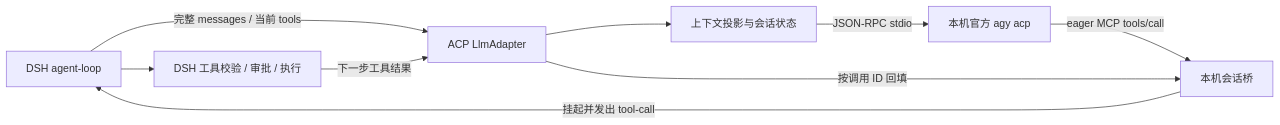
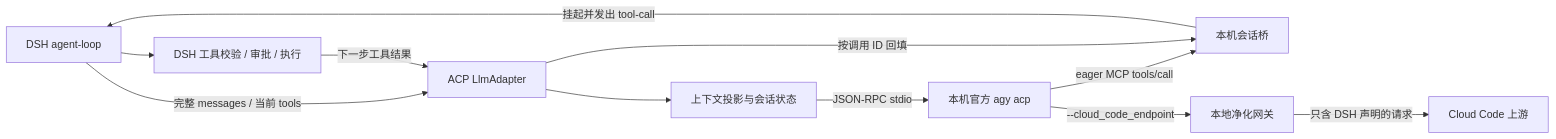
The diagram in packages/dsh-antigravity-acp/docs/DESIGN.md (zhaowendao2005-lab/dsh-extension-lab), drawn with Mermaid before and after one commit. The commit also changed other lines of this file and 25 other files, not shown here.

````diff
--- a/packages/dsh-antigravity-acp/docs/DESIGN.md
+++ b/packages/dsh-antigravity-acp/docs/DESIGN.md
@@ -33,11 +33,13 @@
 ```mermaid
 flowchart LR
     A[DSH agent-loop] -->|完整 messages / 当前 tools| B[ACP LlmAdapter]
     B --> C[上下文投影与会话状态]
     C -->|JSON-RPC stdio| D[本机官方 agy acp]
     D -->|eager MCP tools/call| E[本机会话桥]
     E -->|挂起并发出 tool-call| A
     A --> F[DSH 工具校验 / 审批 / 执行]
     F -->|下一步工具结果| B
     B -->|按调用 ID 回填| E
+    D -->|--cloud_code_endpoint| G[本地净化网关]
+    G -->|只含 DSH 声明的请求| H[Cloud Code 上游]
 ```
````
